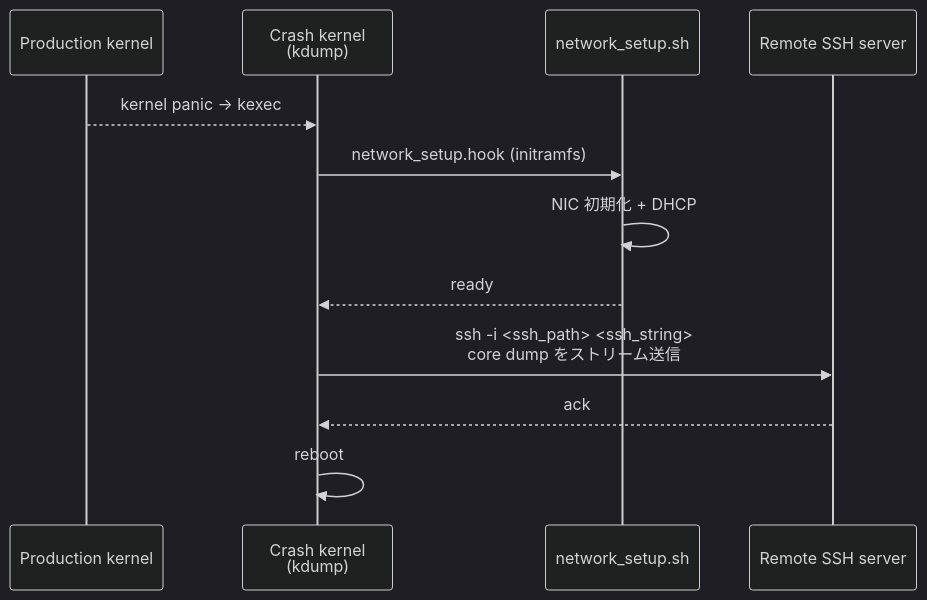
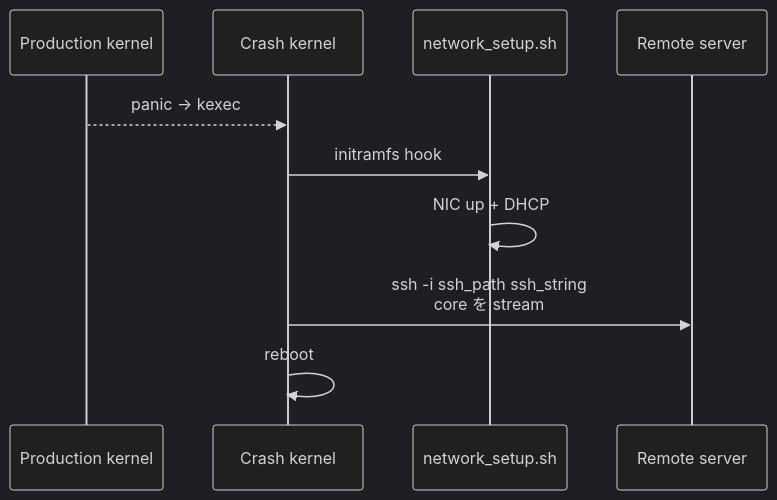
One commit to aoki-taquan/sonic-unofficial-docs changed the diagram in docs/system/kdump-remote-ssh.md. Above: the diagram before and after it, drawn with Mermaid (dark theme). The commit also changed other lines of this file and 4 other files, not shown here.

````diff
--- a/docs/system/kdump-remote-ssh.md
+++ b/docs/system/kdump-remote-ssh.md
@@ -63,14 +33,12 @@
 ```mermaid
 sequenceDiagram
     participant K as Production kernel
-    participant CK as Crash kernel<br/>(kdump)
+    participant CK as Crash kernel
     participant NW as network_setup.sh
-    participant SSH as Remote SSH server
-    K-->>CK: kernel panic → kexec
-    CK->>NW: network_setup.hook (initramfs)
-    NW->>NW: NIC 初期化 + DHCP
-    NW-->>CK: ready
-    CK->>SSH: ssh -i <ssh_path> <ssh_string><br/>core dump をストリーム送信
-    SSH-->>CK: ack
+    participant SSH as Remote server
+    K-->>CK: panic → kexec
+    CK->>NW: initramfs hook
+    NW->>NW: NIC up + DHCP
+    CK->>SSH: ssh -i ssh_path ssh_string<br/>core を stream
     CK->>CK: reboot
 ```
````
